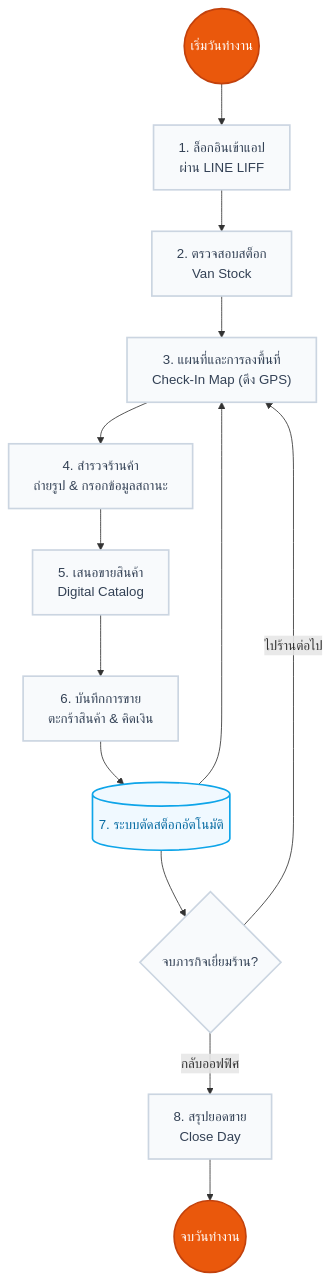
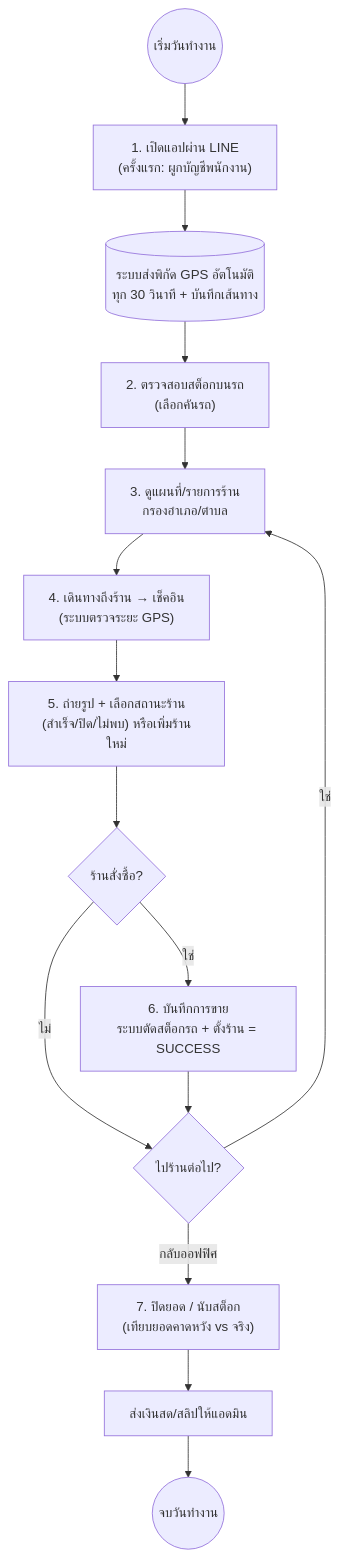
One commit to Chiraphong20/Cashvan changed the diagram in Docs/Workflow_Driver.md. Above: the diagram before and after it, drawn with Mermaid. The commit also changed other lines of this file and 21 other files, not shown here.

First line of the commit message:
docs: refresh project documentation; fix: handle GPS permission errors on driver check-in map

````diff
--- a/Docs/Workflow_Driver.md
+++ b/Docs/Workflow_Driver.md
@@ -7,31 +7,17 @@
 ```mermaid
 flowchart TD
-    Start((เริ่มวันทำงาน)) --> Login["1. ล็อกอินเข้าแอป<br/>ผ่าน LINE LIFF"]
-    
-    Login --> StockCheck["2. ตรวจสอบสต็อก<br/>Van Stock"]
-    
-    StockCheck --> CheckIn["3. แผนที่และการลงพื้นที่<br/>Check-In Map (ดึง GPS)"]
-    
-    CheckIn --> Survey["4. สำรวจร้านค้า<br/>ถ่ายรูป & กรอกข้อมูลสถานะ"]
-    
-    Survey --> Catalog["5. เสนอขายสินค้า<br/>Digital Catalog"]
-    
-    Catalog --> Cart["6. บันทึกการขาย<br/>ตะกร้าสินค้า & คิดเงิน"]
-    
-    Cart --> Deduct[("7. ระบบตัดสต็อกอัตโนมัติ")]
-    Deduct --> CheckIn
-    
-    Deduct --> EndDay{"จบภารกิจเยี่ยมร้าน?"}
-    
-    EndDay -- ไปร้านต่อไป --> CheckIn
-    EndDay -- กลับออฟฟิศ --> CloseDay["8. สรุปยอดขาย<br/>Close Day"]
-    
-    CloseDay --> Finish((จบวันทำงาน))
-    
-    classDef default fill:#f8fafc,stroke:#cbd5e1,stroke-width:2px,color:#334155;
-    classDef primary fill:#ea580c,stroke:#c2410c,stroke-width:2px,color:#fff;
-    classDef db fill:#f0f9ff,stroke:#0ea5e9,stroke-width:2px,color:#0369a1;
-    
-    class Start,Finish primary;
-    class Deduct db;
+    Start((เริ่มวันทำงาน)) --> Login["1. เปิดแอปผ่าน LINE\n(ครั้งแรก: ผูกบัญชีพนักงาน)"]
+    Login --> GPS[("ระบบส่งพิกัด GPS อัตโนมัติ\nทุก 30 วินาที + บันทึกเส้นทาง")]
+    GPS --> Stock["2. ตรวจสอบสต็อกบนรถ\n(เลือกคันรถ)"]
+    Stock --> Map["3. ดูแผนที่/รายการร้าน\nกรองอำเภอ/ตำบล"]
+    Map --> CheckIn["4. เดินทางถึงร้าน → เช็คอิน\n(ระบบตรวจระยะ GPS)"]
+    CheckIn --> Survey["5. ถ่ายรูป + เลือกสถานะร้าน\n(สำเร็จ/ปิด/ไม่พบ) หรือเพิ่มร้านใหม่"]
+    Survey --> Sale{"ร้านสั่งซื้อ?"}
+    Sale -- ใช่ --> Order["6. บันทึกการขาย\nระบบตัดสต็อกรถ + ตั้งร้าน = SUCCESS"]
+    Sale -- ไม่ --> Next
+    Order --> Next{"ไปร้านต่อไป?"}
+    Next -- ใช่ --> Map
+    Next -- กลับออฟฟิศ --> Close["7. ปิดยอด / นับสต็อก\n(เทียบยอดคาดหวัง vs จริง)"]
+    Close --> Money["ส่งเงินสด/สลิปให้แอดมิน"]
+    Money --> Finish((จบวันทำงาน))
 ```
````
